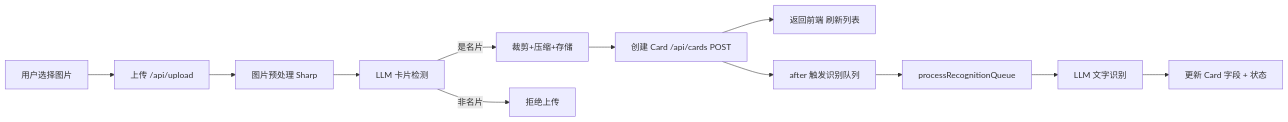
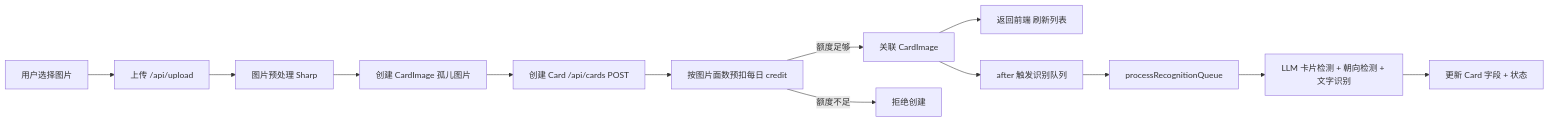
The second of 3 diagrams in Documents/design.md (addicted0010/namecardfolder), drawn with Mermaid before and after one commit. The commit also changed other lines of this file and 24 other files, not shown here.

````diff
--- a/Documents/design.md
+++ b/Documents/design.md
@@ -102,14 +104,15 @@
 ```mermaid
 graph LR
     A[用户选择图片] --> B[上传 /api/upload]
     B --> C[图片预处理 Sharp]
-    C --> D[LLM 卡片检测]
-    D -->|是名片| E[裁剪+压缩+存储]
-    D -->|非名片| F[拒绝上传]
-    E --> G[创建 Card /api/cards POST]
-    G --> H[返回前端 刷新列表]
-    G --> I[after 触发识别队列]
-    I --> J[processRecognitionQueue]
-    J --> K[LLM 文字识别]
-    K --> L[更新 Card 字段 + 状态]
+    C --> D[创建 CardImage 孤儿图片]
+    D --> E[创建 Card /api/cards POST]
+    E --> F[按图片面数预扣每日 credit]
+    F -->|额度足够| G[关联 CardImage]
+    F -->|额度不足| H[拒绝创建]
+    G --> I[返回前端 刷新列表]
+    G --> J[after 触发识别队列]
+    J --> K[processRecognitionQueue]
+    K --> L[LLM 卡片检测 + 朝向检测 + 文字识别]
+    L --> M[更新 Card 字段 + 状态]
 ```
````
